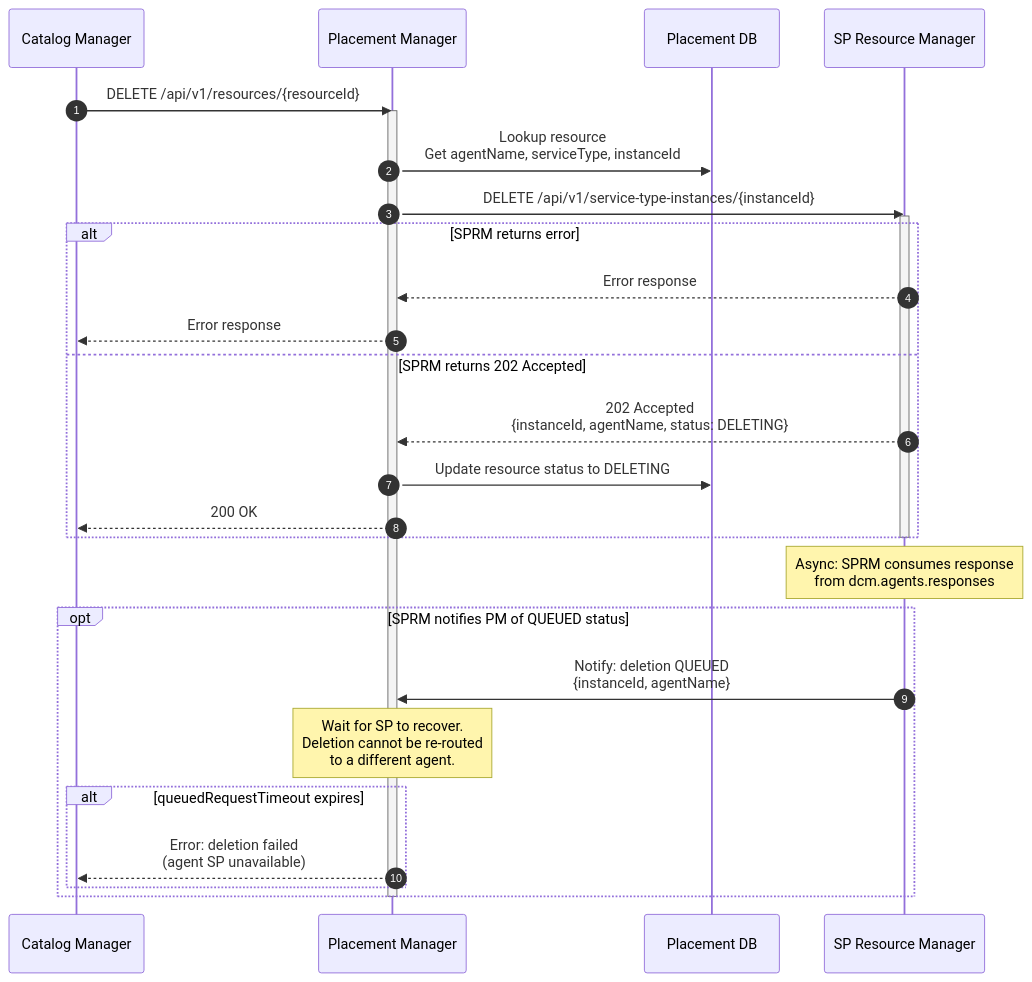
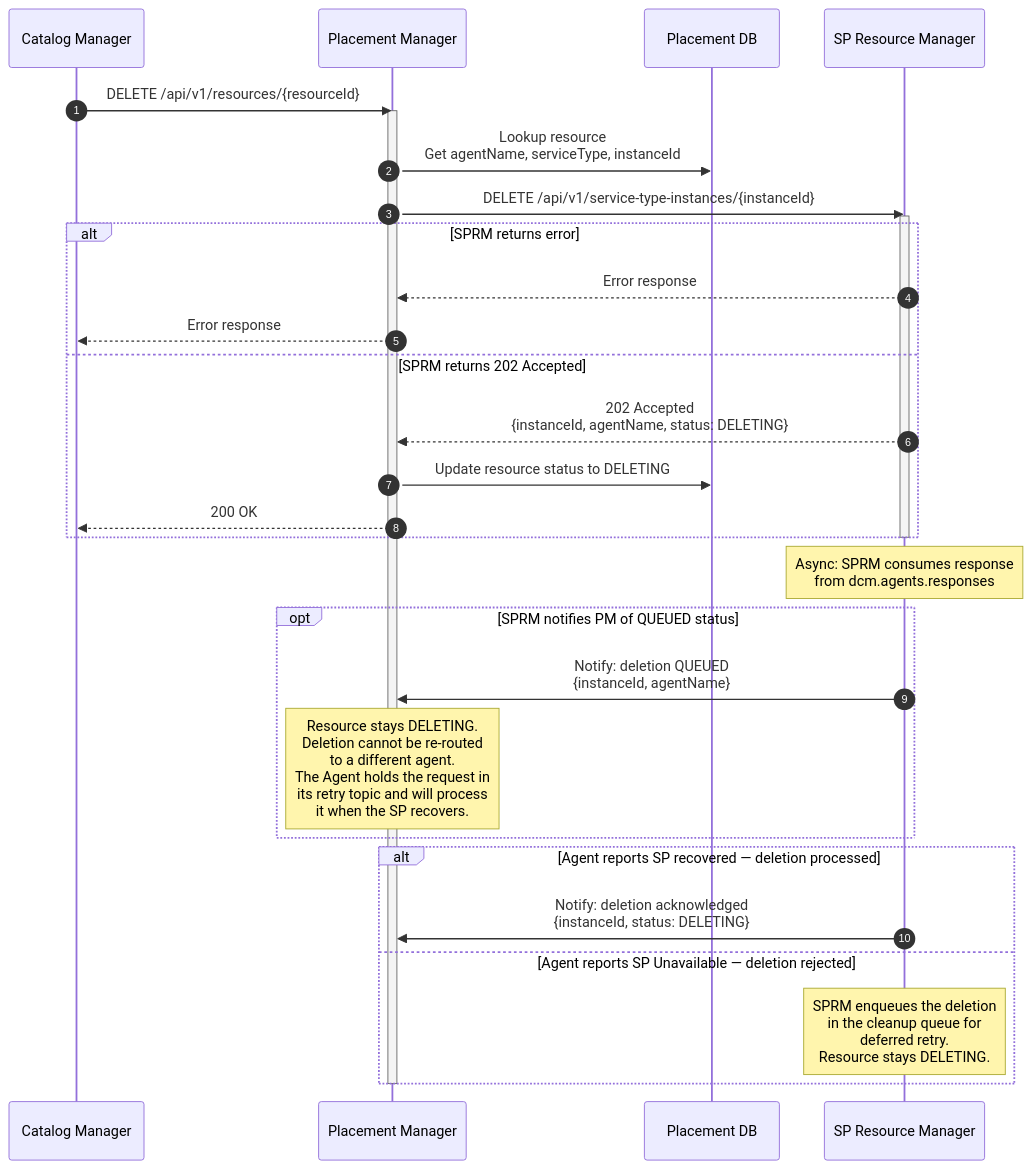
The third of 3 diagrams in enhancements/placement-manager/placement-manager.md (gabriel-farache/enhancements), drawn with Mermaid before and after one commit. The commit also changed other lines of this file and 3 other files, not shown here.

````diff
--- a/enhancements/placement-manager/placement-manager.md
+++ b/enhancements/placement-manager/placement-manager.md
@@ -483,37 +483,40 @@
 ```mermaid
 sequenceDiagram
     autonumber
     participant CM as Catalog Manager
     participant PM as Placement Manager
     participant DB as Placement DB
     participant SPRM as SP Resource Manager
 
     CM->>PM: DELETE /api/v1/resources/{resourceId}
     activate PM
 
     PM->>DB: Lookup resource<br/>Get agentName, serviceType, instanceId
 
     PM->>SPRM: DELETE /api/v1/service-type-instances/{instanceId}
     activate SPRM
 
     alt SPRM returns error
         SPRM-->>PM: Error response
         PM-->>CM: Error response
     else SPRM returns 202 Accepted
         SPRM-->>PM: 202 Accepted<br/>{instanceId, agentName, status: DELETING}
         PM->>DB: Update resource status to DELETING
         PM-->>CM: 200 OK
     end
     deactivate SPRM
 
     Note over SPRM: Async: SPRM consumes response<br/>from dcm.agents.responses
 
     opt SPRM notifies PM of QUEUED status
         SPRM->>PM: Notify: deletion QUEUED<br/>{instanceId, agentName}
-        Note over PM: Wait for SP to recover.<br/>Deletion cannot be re-routed<br/>to a different agent.
-        alt queuedRequestTimeout expires
-            PM-->>CM: Error: deletion failed<br/>(agent SP unavailable)
-        end
+        Note over PM: Resource stays DELETING.<br/>Deletion cannot be re-routed<br/>to a different agent.<br/>The Agent holds the request in<br/>its retry topic and will process<br/>it when the SP recovers.
+    end
+
+    alt Agent reports SP recovered — deletion processed
+        SPRM->>PM: Notify: deletion acknowledged<br/>{instanceId, status: DELETING}
+    else Agent reports SP Unavailable — deletion rejected
+        Note over SPRM: SPRM enqueues the deletion<br/>in the cleanup queue for<br/>deferred retry.<br/>Resource stays DELETING.
     end
     deactivate PM
 ```
````
